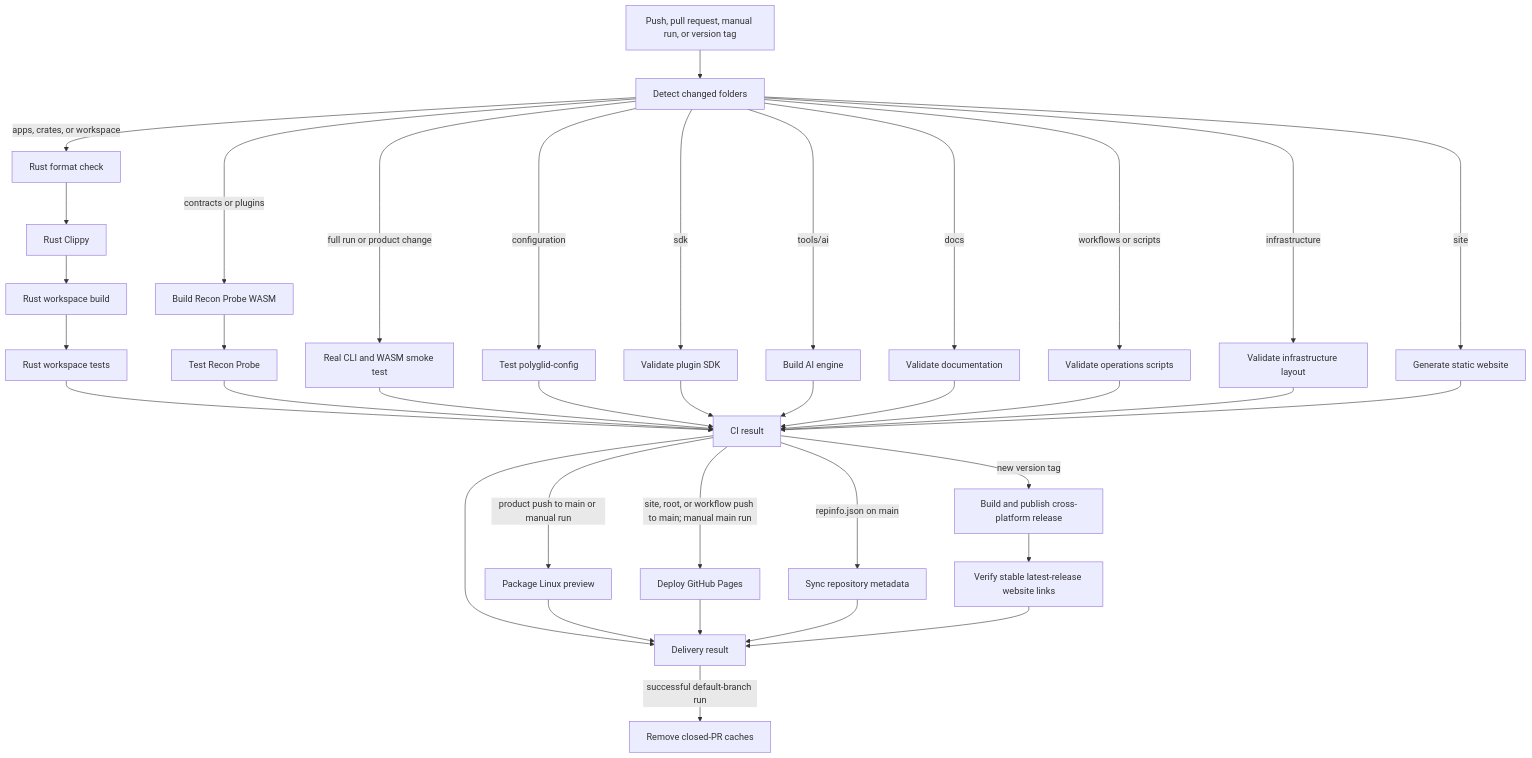
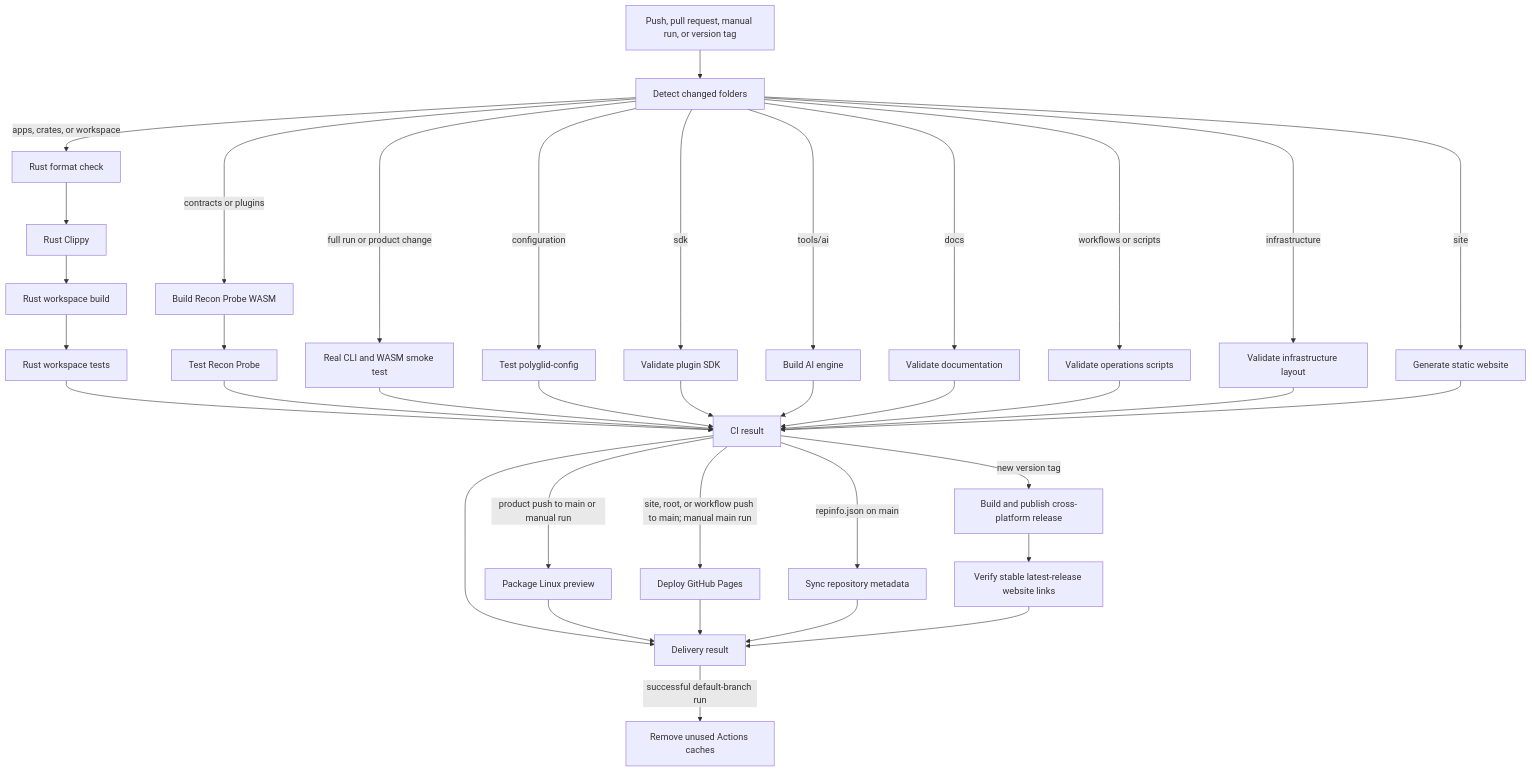
Before and after one commit to anonto42/poly.glid_security_workspace: the third of 4 diagrams in docs/architecture/PROJECT_FLOW.md, drawn with Mermaid. The commit also changed other lines of this file and 2 other files, not shown here.

Commit message:
ci: prune superseded Rust caches
Keep the most recently accessed default-branch v0-rust cache per family after successful delivery. Remove confirmed closed-PR caches and older matching entries while preserving unrelated refs and cache types.

````diff
--- a/docs/architecture/PROJECT_FLOW.md
+++ b/docs/architecture/PROJECT_FLOW.md
@@ -66,45 +66,45 @@
 ```mermaid
 flowchart TD
     Event[Push, pull request, manual run, or version tag] --> Detect[Detect changed folders]
 
     Detect -->|apps, crates, or workspace| Format[Rust format check]
     Format --> Clippy[Rust Clippy]
     Clippy --> Build[Rust workspace build]
     Build --> Tests[Rust workspace tests]
 
     Detect -->|contracts or plugins| WasmBuild[Build Recon Probe WASM]
     WasmBuild --> WasmTest[Test Recon Probe]
 
     Detect -->|configuration| Config[Test polyglid-config]
     Detect -->|sdk| SDK[Validate plugin SDK]
     Detect -->|tools/ai| AI[Build AI engine]
     Detect -->|docs| Docs[Validate documentation]
     Detect -->|workflows or scripts| Ops[Validate operations scripts]
     Detect -->|infrastructure| Infra[Validate infrastructure layout]
 
     Detect -->|site| SiteBuild[Generate static website]
     Detect -->|full run or product change| Smoke[Real CLI and WASM smoke test]
 
     Tests --> Result[CI result]
     WasmTest --> Result
     Smoke --> Result
     Config --> Result
     SDK --> Result
     AI --> Result
     Docs --> Result
     Ops --> Result
     Infra --> Result
     SiteBuild --> Result
 
     Result --> DeliveryResult[Delivery result]
     Result -->|product push to main or manual run| Preview[Package Linux preview]
     Result -->|site, root, or workflow push to main; manual main run| Pages[Deploy GitHub Pages]
     Result -->|repinfo.json on main| Metadata[Sync repository metadata]
     Result -->|new version tag| Release[Build and publish cross-platform release]
     Release --> Latest[Verify stable latest-release website links]
     Preview --> DeliveryResult
     Pages --> DeliveryResult
     Metadata --> DeliveryResult
     Latest --> DeliveryResult
-    DeliveryResult -->|successful default-branch run| Cache[Remove closed-PR caches]
+    DeliveryResult -->|successful default-branch run| Cache[Remove unused Actions caches]
 ```
````
